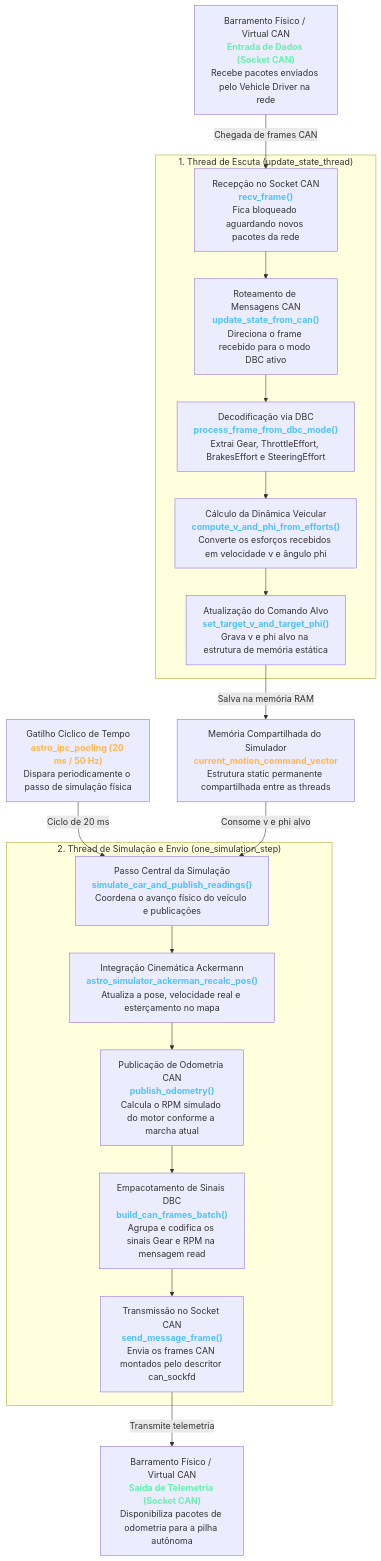
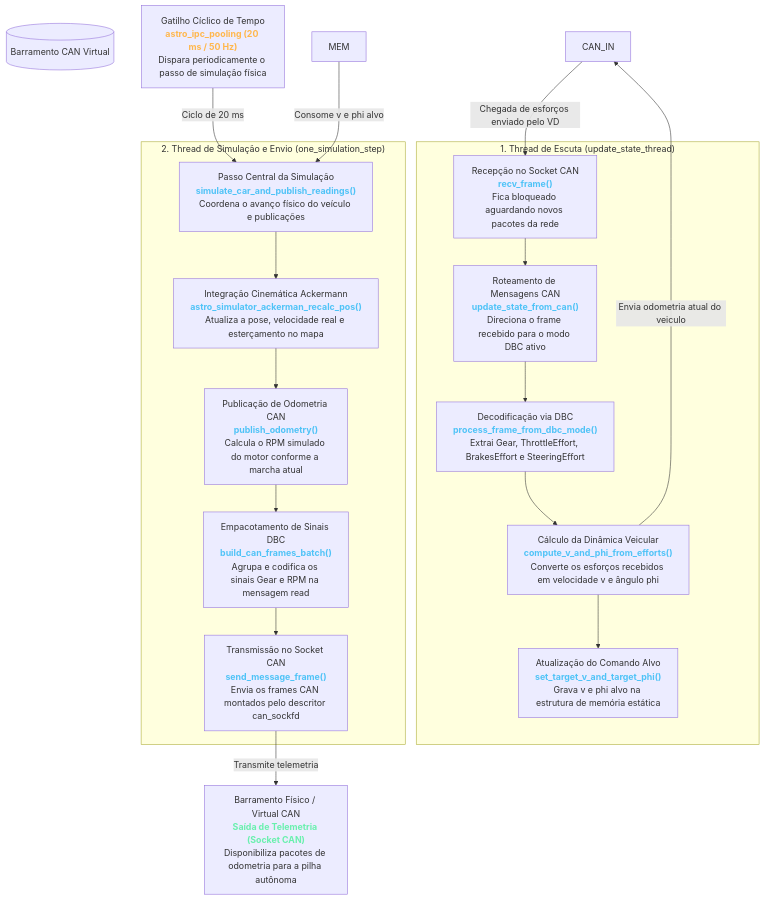
Before and after one commit to BrenoCSilva/lume: the second of 2 diagrams in simulator_ackerman/docs/01_arquitetura_e_fluxo_geral.md, drawn with Mermaid. The commit also changed other lines of this file, not shown here.

Commit message:
Enhance documentation for CAN listening and simulation flow
Clarified the description of the CAN listening thread and updated the flowchart to better illustrate the data flow and processing steps.

````diff
--- a/simulator_ackerman/docs/01_arquitetura_e_fluxo_geral.md
+++ b/simulator_ackerman/docs/01_arquitetura_e_fluxo_geral.md
@@ -101,29 +101,33 @@
 ```mermaid
 flowchart TD
-    CAN_IN["Barramento Físico / Virtual CAN<br/><b style='color:#69f0ae'>Entrada de Dados (Socket CAN)</b><br/>Recebe pacotes enviados pelo Vehicle Driver na rede"]
+    
+    CAN_BUS[("Barramento CAN Virtual")]
 
-    CAN_IN -->|"Chegada de frames CAN"| RECV
+    CAN_IN -->|"Chegada de esforços enviado pelo VD"| RECV
 
     subgraph ThreadEscuta ["1. Thread de Escuta (update_state_thread)"]
         RECV["Recepção no Socket CAN<br/><b style='color:#4fc3f7'>recv_frame()</b><br/>Fica bloqueado aguardando novos pacotes da rede"]
         RECV --> UPDATE["Roteamento de Mensagens CAN<br/><b style='color:#4fc3f7'>update_state_from_can()</b><br/>Direciona o frame recebido para o modo DBC ativo"]
         UPDATE --> PROC_DBC["Decodificação via DBC<br/><b style='color:#4fc3f7'>process_frame_from_dbc_mode()</b><br/>Extrai Gear, ThrottleEffort, BrakesEffort e SteeringEffort"]
         PROC_DBC --> CALC_DYN["Cálculo da Dinâmica Veicular<br/><b style='color:#4fc3f7'>compute_v_and_phi_from_efforts()</b><br/>Converte os esforços recebidos em velocidade v e ângulo phi"]
         CALC_DYN --> SET_TARGET["Atualização do Comando Alvo<br/><b style='color:#4fc3f7'>set_target_v_and_target_phi()</b><br/>Grava v e phi alvo na estrutura de memória estática"]
     end
+    
+    CALC_DYN -->|"Envia odometria atual do veiculo"| CAN_IN
+   
+    CAN_BUS[("Barramento CAN Virtual")]
 
-    SET_TARGET -->|"Salva na memória RAM"| MEM["Memória Compartilhada do Simulador<br/><b style='color:#ffb74d'>current_motion_command_vector</b><br/>Estrutura static permanente compartilhada entre as threads"]
 
     TIMER["Gatilho Cíclico de Tempo<br/><b style='color:#ffb74d'>astro_ipc_pooling (20 ms / 50 Hz)</b><br/>Dispara periodicamente o passo de simulação física"] -->|"Ciclo de 20 ms"| SIM_STEP
     MEM -->|"Consome v e phi alvo"| SIM_STEP
 
     subgraph ThreadSimulacao ["2. Thread de Simulação e Envio (one_simulation_step)"]
         SIM_STEP["Passo Central da Simulação<br/><b style='color:#4fc3f7'>simulate_car_and_publish_readings()</b><br/>Coordena o avanço físico do veículo e publicações"]
         SIM_STEP --> RECALC["Integração Cinemática Ackermann<br/><b style='color:#4fc3f7'>astro_simulator_ackerman_recalc_pos()</b><br/>Atualiza a pose, velocidade real e esterçamento no mapa"]
         RECALC --> PUB_ODO["Publicação de Odometria CAN<br/><b style='color:#4fc3f7'>publish_odometry()</b><br/>Calcula o RPM simulado do motor conforme a marcha atual"]
         PUB_ODO --> BATCH["Empacotamento de Sinais DBC<br/><b style='color:#4fc3f7'>build_can_frames_batch()</b><br/>Agrupa e codifica os sinais Gear e RPM na mensagem read"]
         BATCH --> SEND["Transmissão no Socket CAN<br/><b style='color:#4fc3f7'>send_message_frame()</b><br/>Envia os frames CAN montados pelo descritor can_sockfd"]
     end
 
     SEND -->|"Transmite telemetria"| CAN_OUT["Barramento Físico / Virtual CAN<br/><b style='color:#69f0ae'>Saída de Telemetria (Socket CAN)</b><br/>Disponibiliza pacotes de odometria para a pilha autônoma"]
 ```
````
